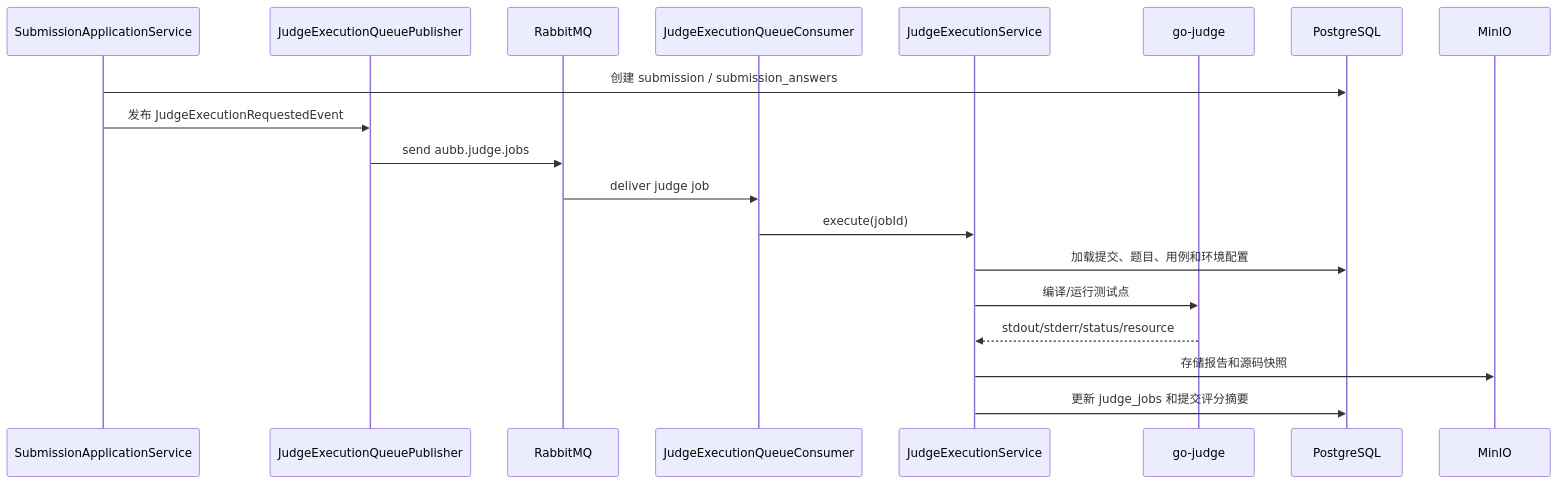
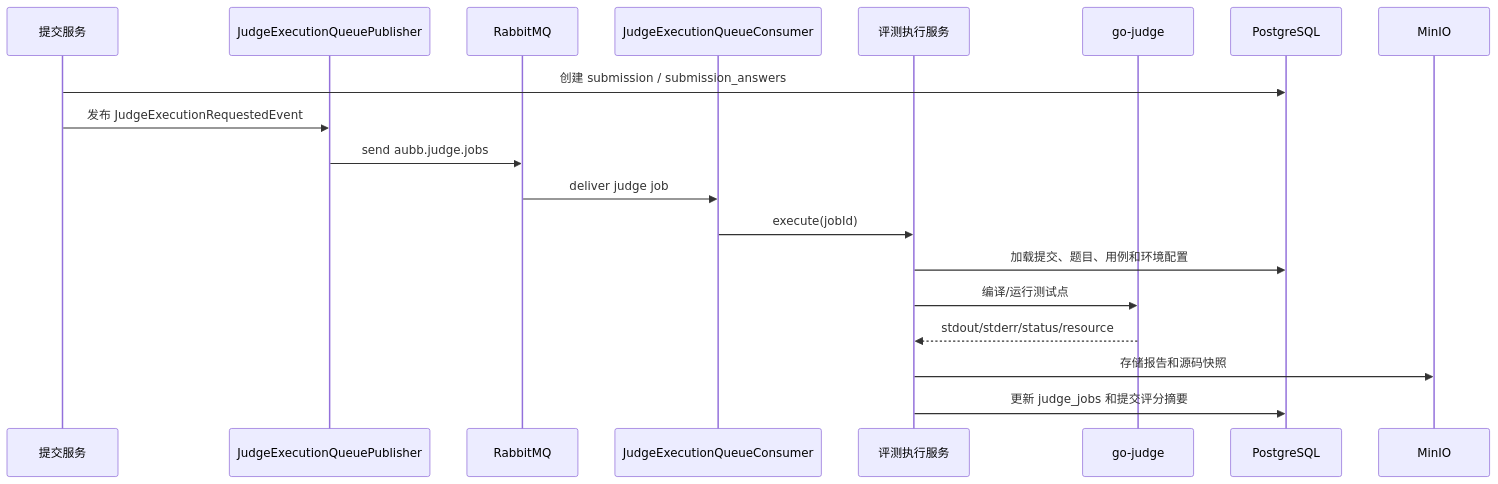
One commit to BUAA-SEProject/docs changed diagram 14 of 36 in 02-process-docs/detailed-design.md. Above: the diagram before and after it, drawn with Mermaid. The commit also changed other lines of this file and 6 other files, not shown here.

````diff
--- a/02-process-docs/detailed-design.md
+++ b/02-process-docs/detailed-design.md
@@ -356,22 +356,22 @@
 ```mermaid
 sequenceDiagram
-  participant Sub as SubmissionApplicationService
+  participant Sub as 提交服务
   participant Pub as JudgeExecutionQueuePublisher
   participant MQ as RabbitMQ
   participant Cons as JudgeExecutionQueueConsumer
-  participant Exec as JudgeExecutionService
+  participant Exec as 评测执行服务
   participant GJ as go-judge
   participant DB as PostgreSQL
   participant Obj as MinIO
 
   Sub->>DB: 创建 submission / submission_answers
   Sub->>Pub: 发布 JudgeExecutionRequestedEvent
   Pub->>MQ: send aubb.judge.jobs
   MQ->>Cons: deliver judge job
   Cons->>Exec: execute(jobId)
   Exec->>DB: 加载提交、题目、用例和环境配置
   Exec->>GJ: 编译/运行测试点
   GJ-->>Exec: stdout/stderr/status/resource
   Exec->>Obj: 存储报告和源码快照
   Exec->>DB: 更新 judge_jobs 和提交评分摘要
 ```
````
